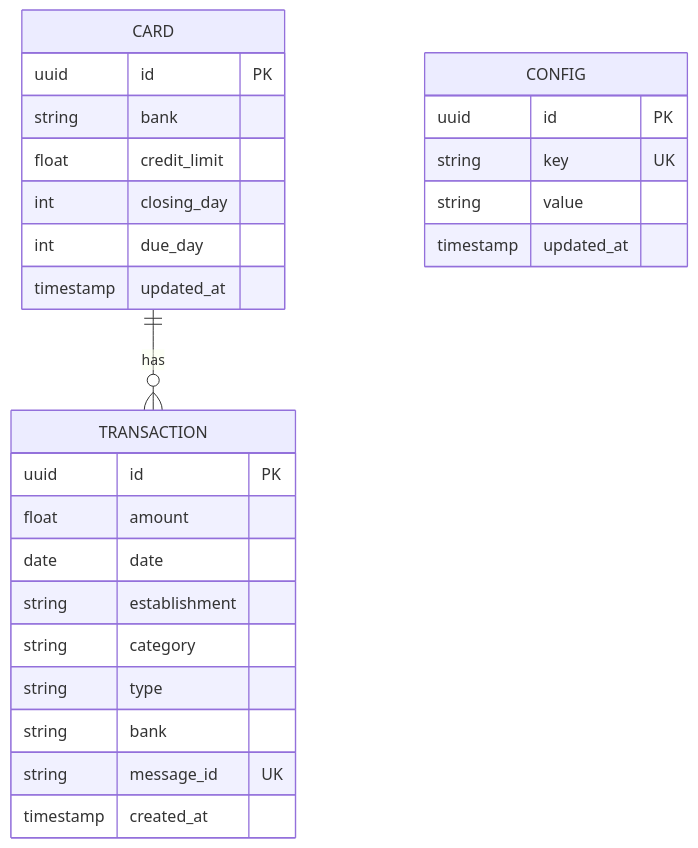
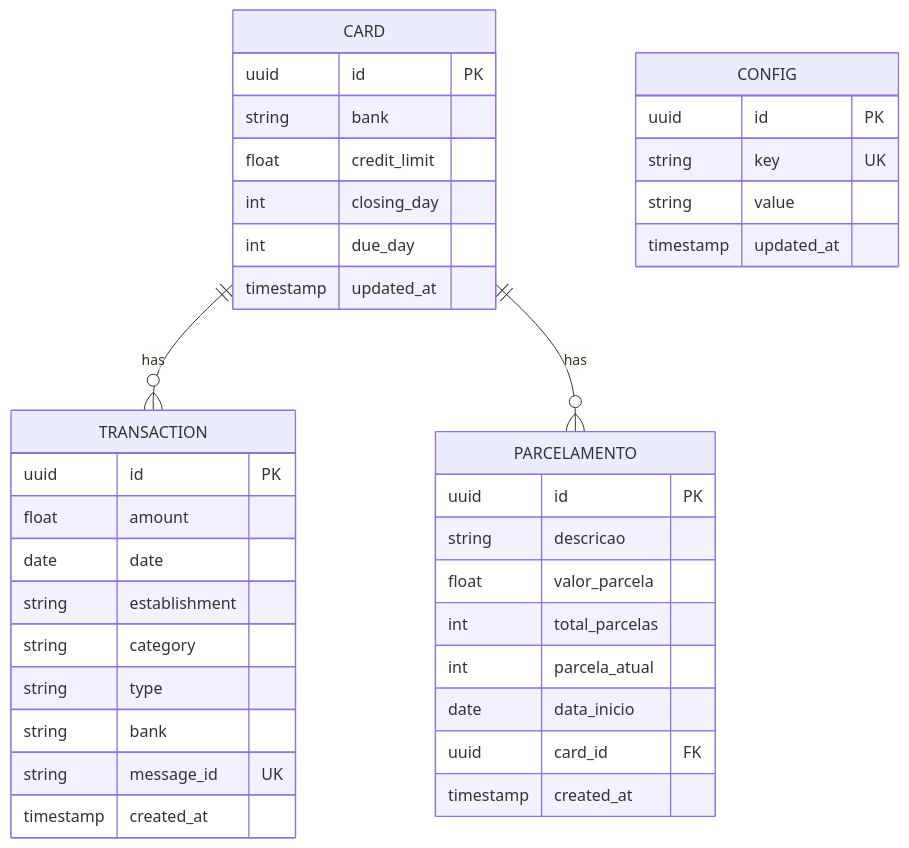
Before and after one commit to mviniciusy/FinAI: the third of 6 diagrams in docs/arquitetura.md, drawn with Mermaid. The commit also changed other lines of this file and 2 other files, not shown here.

````diff
--- a/docs/arquitetura.md
+++ b/docs/arquitetura.md
@@ -196,32 +198,44 @@
 ```mermaid
 erDiagram
     TRANSACTION {
         uuid id PK
         float amount
         date date
         string establishment
         string category
         string type
         string bank
         string message_id UK
         timestamp created_at
     }
 
     CARD {
         uuid id PK
         string bank
         float credit_limit
         int closing_day
         int due_day
         timestamp updated_at
     }
 
     CONFIG {
         uuid id PK
         string key UK
         string value
         timestamp updated_at
     }
 
+    PARCELAMENTO {
+        uuid id PK
+        string descricao
+        float valor_parcela
+        int total_parcelas
+        int parcela_atual
+        date data_inicio
+        uuid card_id FK
+        timestamp created_at
+    }
+
     CARD ||--o{ TRANSACTION : has
+    CARD ||--o{ PARCELAMENTO : has
 ```
````
